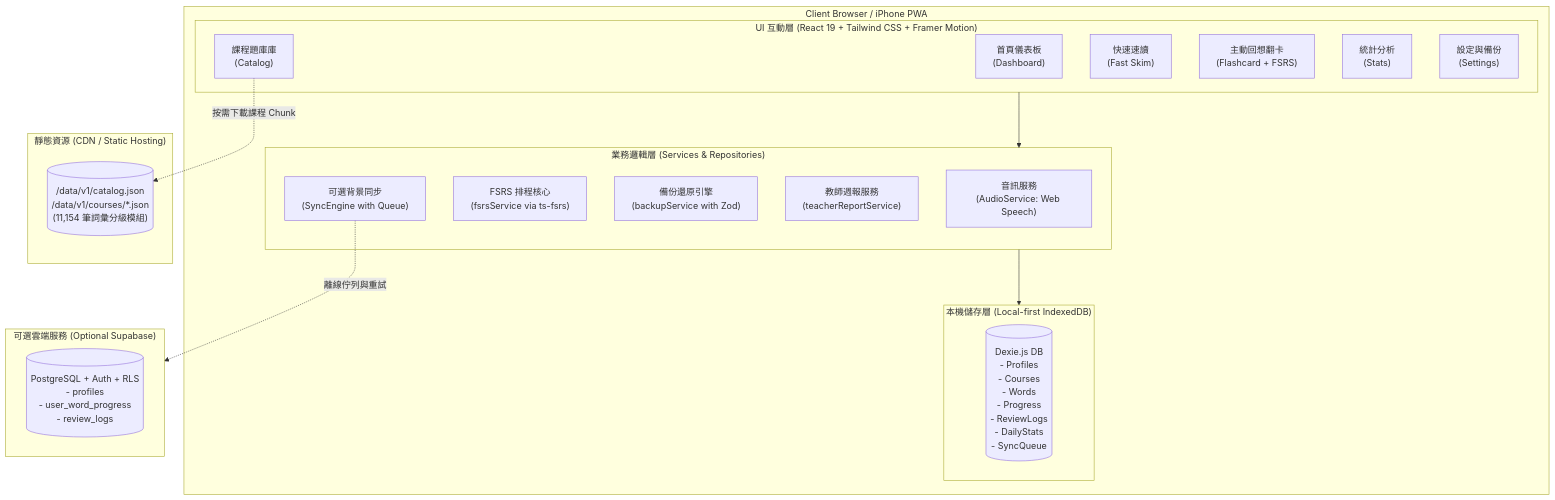
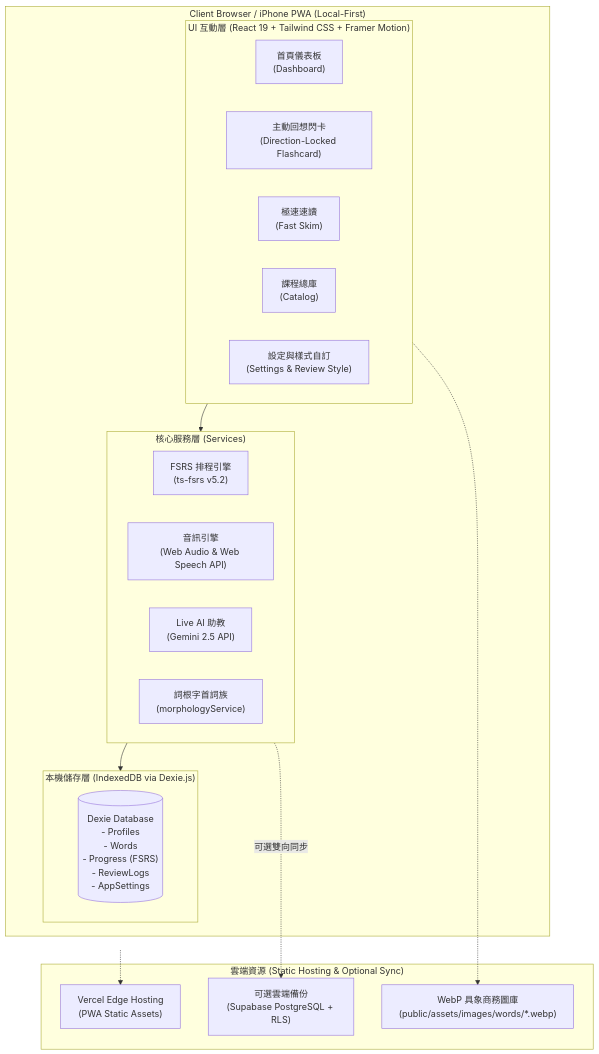
One commit to peijungwu0302-Wu/toeic-vocab-pwa changed the diagram in README.md. Above: the diagram before and after it, drawn with Mermaid. The commit also changed other lines of this file and 7 other files, not shown here.

Commit message:
feat(v1.1.0): optimize flashcard UX with Direction Intent Lock, review style toggle, and comprehensive README

````diff
--- a/README.md
+++ b/README.md
@@ -31,38 +47,35 @@
 ```mermaid
 flowchart TB
-    subgraph Client ["Client Browser / iPhone PWA"]
+    subgraph Client ["Client Browser / iPhone PWA (Local-First)"]
         subgraph UI ["UI 互動層 (React 19 + Tailwind CSS + Framer Motion)"]
             Dashboard["首頁儀表板\n(Dashboard)"]
-            Catalog["課程題庫庫\n(Catalog)"]
-            Skim["快速速讀\n(Fast Skim)"]
-            Review["主動回想翻卡\n(Flashcard + FSRS)"]
-            Stats["統計分析\n(Stats)"]
-            Settings["設定與備份\n(Settings)"]
+            Flashcard["主動回想閃卡\n(Direction-Locked Flashcard)"]
+            Skim["極速速讀\n(Fast Skim)"]
+            Catalog["課程總庫\n(Catalog)"]
+            Settings["設定與樣式自訂\n(Settings & Review Style)"]
         end
 
-        subgraph Service ["業務邏輯層 (Services & Repositories)"]
-            AudioSvc["音訊服務\n(AudioService: Web Speech)"]
-            FSRSSvc["FSRS 排程核心\n(fsrsService via ts-fsrs)"]
-            BackupSvc["備份還原引擎\n(backupService with Zod)"]
-            TeacherSvc["教師週報服務\n(teacherReportService)"]
-            SyncEng["可選背景同步\n(SyncEngine with Queue)"]
+        subgraph Service ["核心服務層 (Services)"]
+            FSRSSvc["FSRS 排程引擎\n(ts-fsrs v5.2)"]
+            AudioSvc["音訊引擎\n(Web Audio & Web Speech API)"]
+            GeminiSvc["Live AI 助教\n(Gemini 2.5 API)"]
+            MorphSvc["詞根字首詞族\n(morphologyService)"]
         end
 
-        subgraph Storage ["本機儲存層 (Local-first IndexedDB)"]
-            DexieDB[("Dexie.js DB\n- Profiles\n- Courses\n- Words\n- Progress\n- ReviewLogs\n- DailyStats\n- SyncQueue")]
+        subgraph Storage ["本機儲存層 (IndexedDB via Dexie.js)"]
+            LocalDB[("Dexie Database\n- Profiles\n- Words\n- Progress (FSRS)\n- ReviewLogs\n- AppSettings")]
         end
     end
 
-    subgraph StaticAssets ["靜態資源 (CDN / Static Hosting)"]
-        DatasetJSON[("/data/v1/catalog.json\n/data/v1/courses/*.json\n(11,154 筆詞彙分級模組)")]
-    end
-
-    subgraph CloudSync ["可選雲端服務 (Optional Supabase)"]
-        SupabaseDB[("PostgreSQL + Auth + RLS\n- profiles\n- user_word_progress\n- review_logs")]
+    subgraph Cloud ["雲端資源 (Static Hosting & Optional Sync)"]
+        VercelCDN["Vercel Edge Hosting\n(PWA Static Assets)"]
+        ImageRepo["WebP 具象商務圖庫\n(public/assets/images/words/*.webp)"]
+        CloudSync["可選雲端備份\n(Supabase PostgreSQL + RLS)"]
     end
 
     UI --> Service
     Service --> Storage
-    Catalog -.->|按需下載課程 Chunk| DatasetJSON
-    SyncEng -.->|離線佇列與重試| CloudSync
+    UI -.-> ImageRepo
+    Client -.-> VercelCDN
+    Service -.->|可選雙向同步| CloudSync
 ```
````
